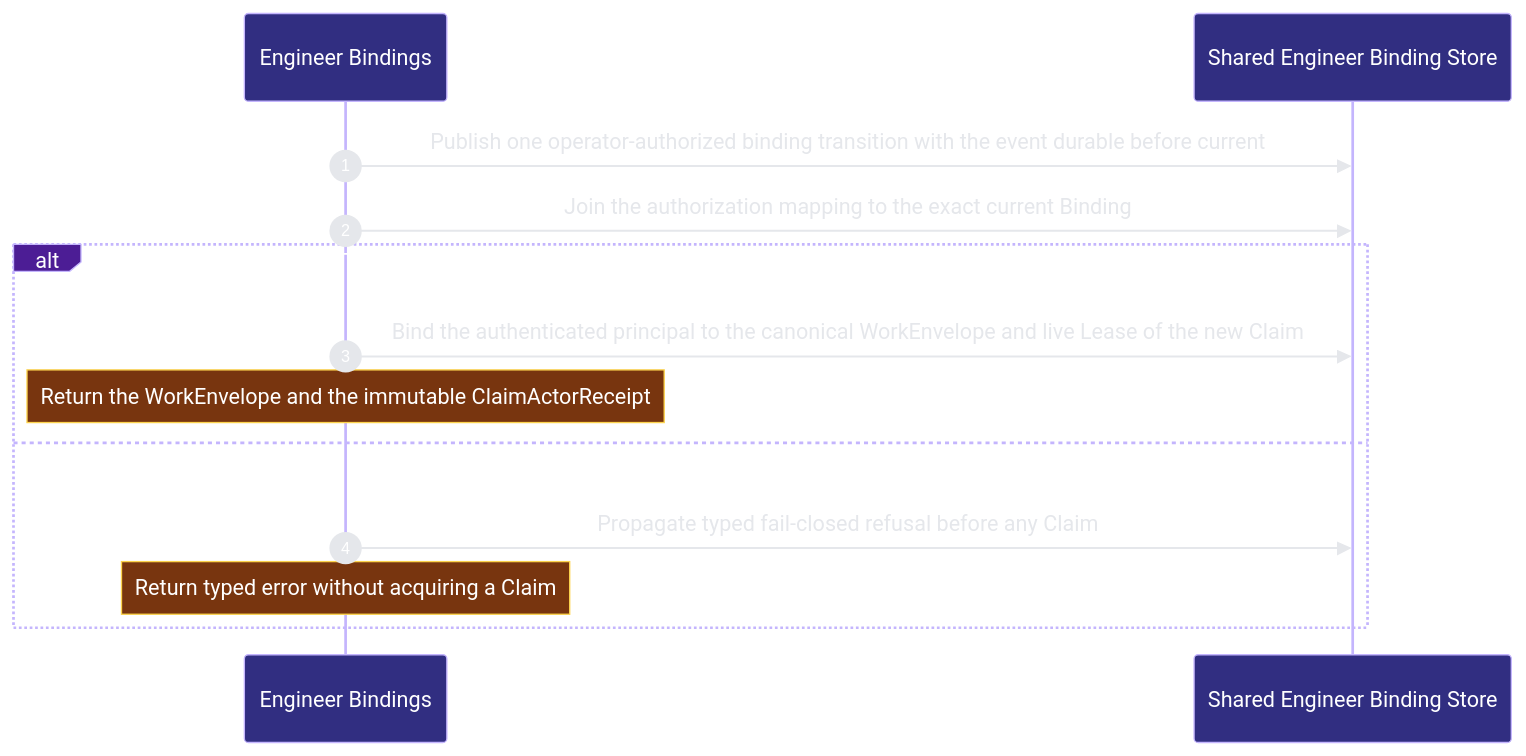
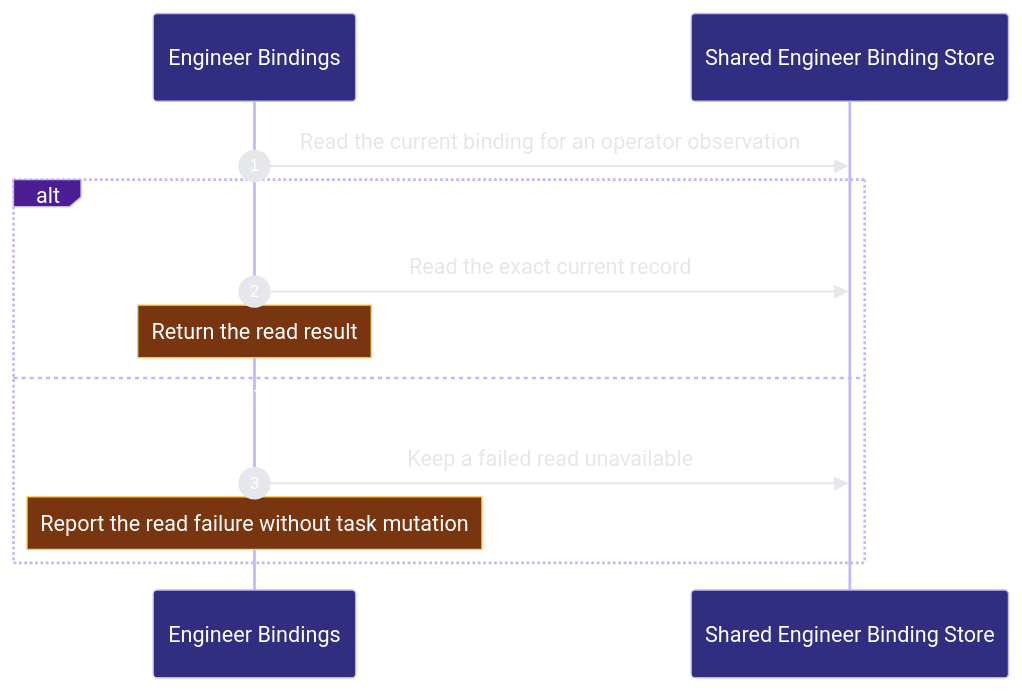
The second of 2 diagrams in docs/architecture/modules/runtime-harness/engineer-bindings.md (Ancienttwo/repo-harness), drawn with Mermaid before and after one commit. The commit also changed other lines of this file and 15 other files, not shown here.

Commit message:
docs(architecture): project slice B and drop retired PM and delegated-run entries

````diff
--- a/docs/architecture/modules/runtime-harness/engineer-bindings.md
+++ b/docs/architecture/modules/runtime-harness/engineer-bindings.md
@@ -83,16 +78,15 @@
 ```mermaid
 %%{init: {"theme":"base","themeVariables":{"background":"#0d1117","actorBkg":"#312e81","actorBorder":"#c4b5fd","actorTextColor":"#ffffff","signalColor":"#e5e7eb","signalTextColor":"#e5e7eb","labelBoxBkgColor":"#4c1d95","labelBoxBorderColor":"#c4b5fd","labelTextColor":"#ffffff","noteBkgColor":"#78350f","noteBorderColor":"#fcd34d","noteTextColor":"#ffffff","sequenceNumberColor":"#ffffff"}}}%%
 sequenceDiagram
   autonumber
-  participant p2_engineer_authority_fd9ce331 as Engineer Bindings
-  participant p2_binding_store_8e904230 as Shared Engineer Binding Store
-  p2_engineer_authority_fd9ce331->>p2_binding_store_8e904230: Publish one operator-authorized binding transition with the event durable before current
-  p2_engineer_authority_fd9ce331->>p2_binding_store_8e904230: Join the authorization mapping to the exact current Binding
-  alt The principal matches every exact fence and its Claim gets a ClaimActorReceipt
-  p2_engineer_authority_fd9ce331->>p2_binding_store_8e904230: Bind the authenticated principal to the canonical WorkEnvelope and live Lease of the new Claim
-    Note over p2_engineer_authority_fd9ce331: Return the WorkEnvelope and the immutable ClaimActorReceipt
-  else Mapping#44; Profile#44; Binding#44; or exact fence validation fails
-  p2_engineer_authority_fd9ce331->>p2_binding_store_8e904230: Propagate typed fail-closed refusal before any Claim
-    Note over p2_engineer_authority_fd9ce331: Return typed error without acquiring a Claim
+  participant p2_engineer_de10874b as Engineer Bindings
+  participant p2_store_52b5e20f as Shared Engineer Binding Store
+  p2_engineer_de10874b->>p2_store_52b5e20f: Read the current binding for an operator observation
+  alt Return the retained observation
+  p2_engineer_de10874b->>p2_store_52b5e20f: Read the exact current record
+    Note over p2_engineer_de10874b: Return the read result
+  else Refuse an unavailable or invalid observation
+  p2_engineer_de10874b->>p2_store_52b5e20f: Keep a failed read unavailable
+    Note over p2_engineer_de10874b: Report the read failure without task mutation
   end
 ```
````
